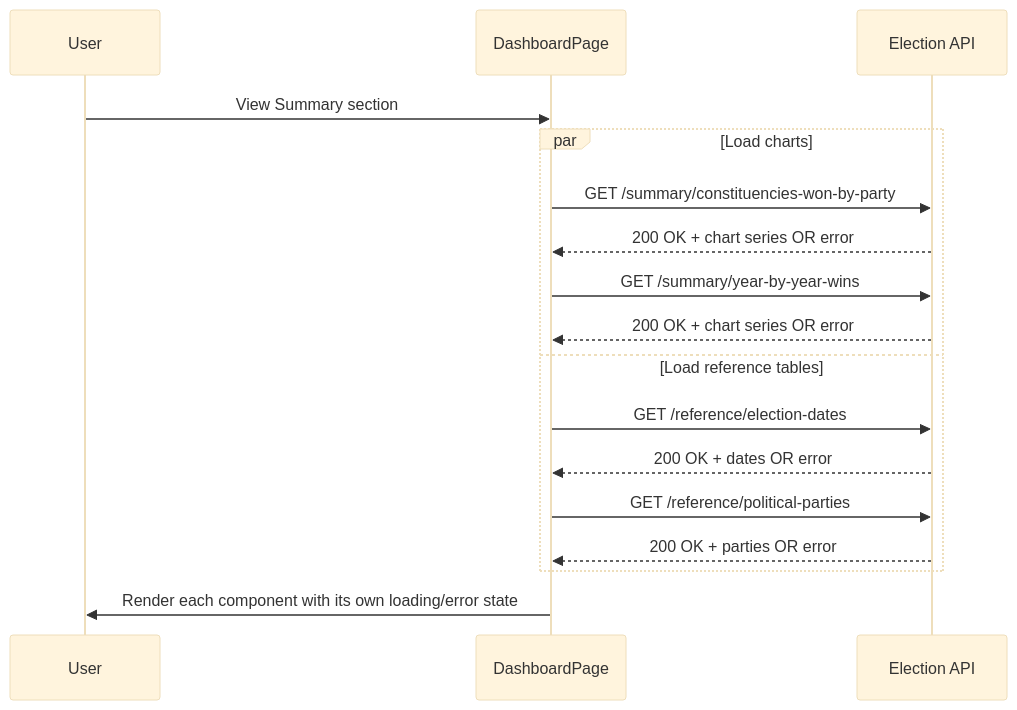
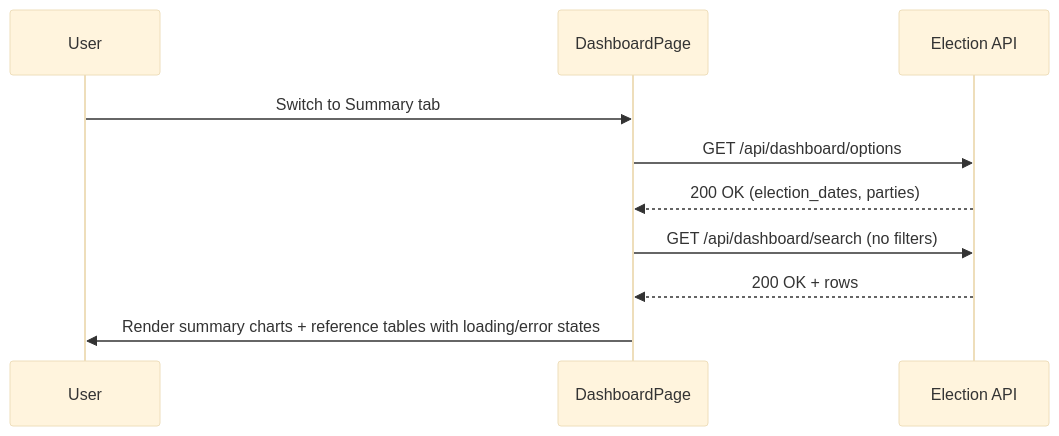
Before and after one commit to shannenlolol/SG_Election_App_SL: diagram 12 of 12 in docs/Software Design Description.md, drawn with Mermaid (base theme). The commit also changed other lines of this file and 3 other files, not shown here.

````diff
--- a/docs/Software Design Description.md
+++ b/docs/Software Design Description.md
@@ -383,21 +285,15 @@
 ```mermaid
 sequenceDiagram
     participant User
     participant DashboardPage
     participant ElectionAPI as Election API
 
-    User->>DashboardPage: View Summary section
-    par Load charts
-        DashboardPage->>ElectionAPI: GET /summary/constituencies-won-by-party
-        ElectionAPI-->>DashboardPage: 200 OK + chart series OR error
-        DashboardPage->>ElectionAPI: GET /summary/year-by-year-wins
-        ElectionAPI-->>DashboardPage: 200 OK + chart series OR error
-    and Load reference tables
-        DashboardPage->>ElectionAPI: GET /reference/election-dates
-        ElectionAPI-->>DashboardPage: 200 OK + dates OR error
-        DashboardPage->>ElectionAPI: GET /reference/political-parties
-        ElectionAPI-->>DashboardPage: 200 OK + parties OR error
-    end
+    User->>DashboardPage: Switch to Summary tab
+    DashboardPage->>ElectionAPI: GET /api/dashboard/options
+    ElectionAPI-->>DashboardPage: 200 OK (election_dates, parties)
 
-    DashboardPage->>User: Render each component with its own loading/error state
+    DashboardPage->>ElectionAPI: GET /api/dashboard/search (no filters)
+    ElectionAPI-->>DashboardPage: 200 OK + rows
+
+    DashboardPage->>User: Render summary charts + reference tables with loading/error states
 ```
````
